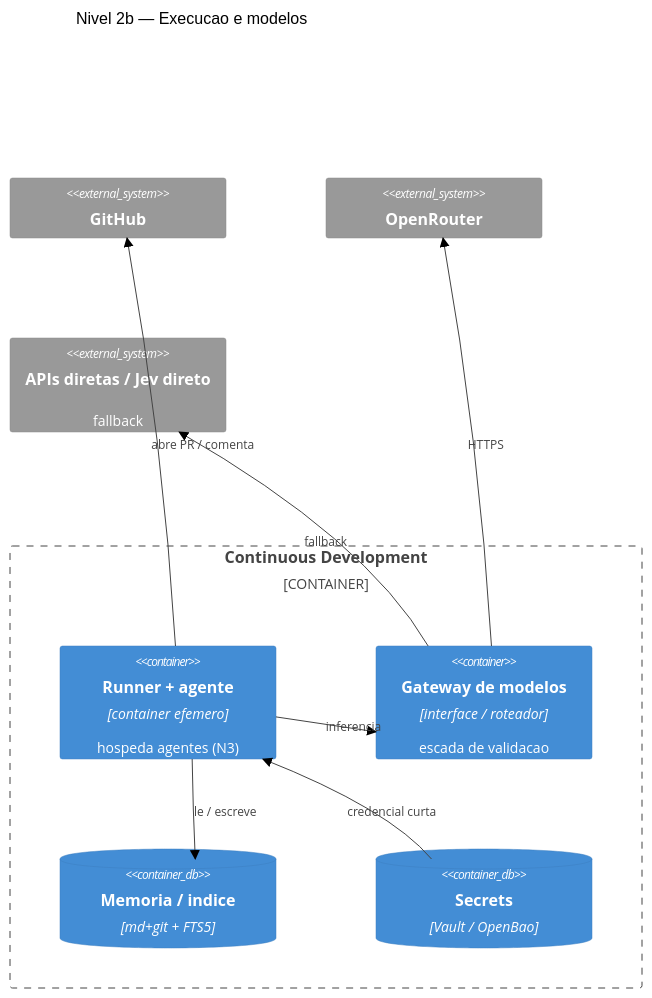
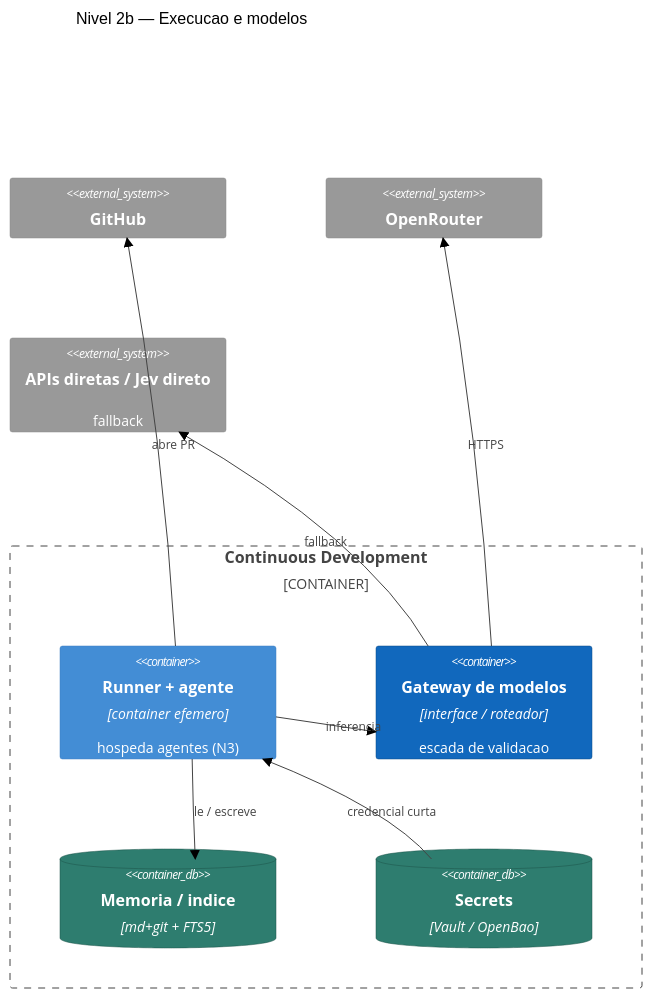
Before and after one commit to CenturyBoys/roboto: the third of 10 diagrams in research/ARCHITECTURE-C4.md, drawn with Mermaid (forest theme). The commit also changed other lines of this file, not shown here.

First line of the commit message:
docs(research): ARCHITECTURE-C4 rev4 — estilo + profundidade

````diff
--- a/research/ARCHITECTURE-C4.md
+++ b/research/ARCHITECTURE-C4.md
@@ -59,19 +63,23 @@
 ```mermaid
 C4Container
   title Nivel 2b — Execucao e modelos
   System_Ext(gh, "GitHub")
   System_Ext(orr, "OpenRouter")
   System_Ext(direct, "APIs diretas / Jev direto", "fallback")
   Container_Boundary(cd, "Continuous Development") {
     Container(runner, "Runner + agente", "container efemero", "hospeda agentes (N3)")
     Container(gw, "Gateway de modelos", "interface / roteador", "escada de validacao")
     ContainerDb(mem, "Memoria / indice", "md+git + FTS5")
     ContainerDb(secrets, "Secrets", "Vault / OpenBao")
   }
   Rel(runner, gw, "inferencia")
   Rel(gw, orr, "HTTPS")
   Rel(gw, direct, "fallback")
   Rel(runner, mem, "le / escreve")
-  Rel(runner, gh, "abre PR / comenta")
+  Rel(runner, gh, "abre PR")
   Rel(secrets, runner, "credencial curta")
+  UpdateElementStyle(gw, $bgColor="#1168BD", $fontColor="#ffffff", $borderColor="#0B4884")
+  UpdateElementStyle(mem, $bgColor="#2E7D6F", $fontColor="#ffffff", $borderColor="#1C5349")
+  UpdateElementStyle(secrets, $bgColor="#2E7D6F", $fontColor="#ffffff", $borderColor="#1C5349")
+  UpdateLayoutConfig($c4ShapeInRow="2", $c4BoundaryInRow="1")
 ```
````
